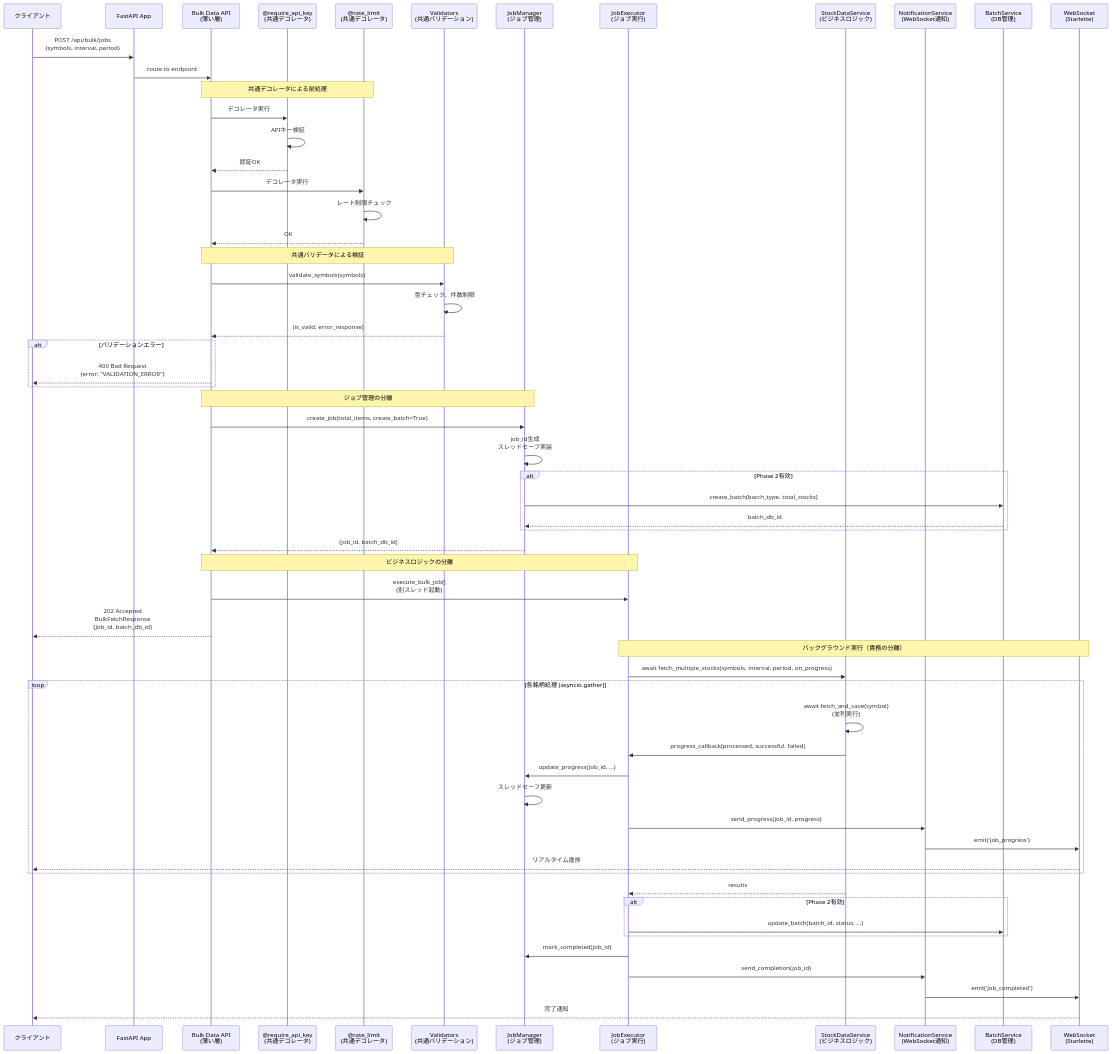
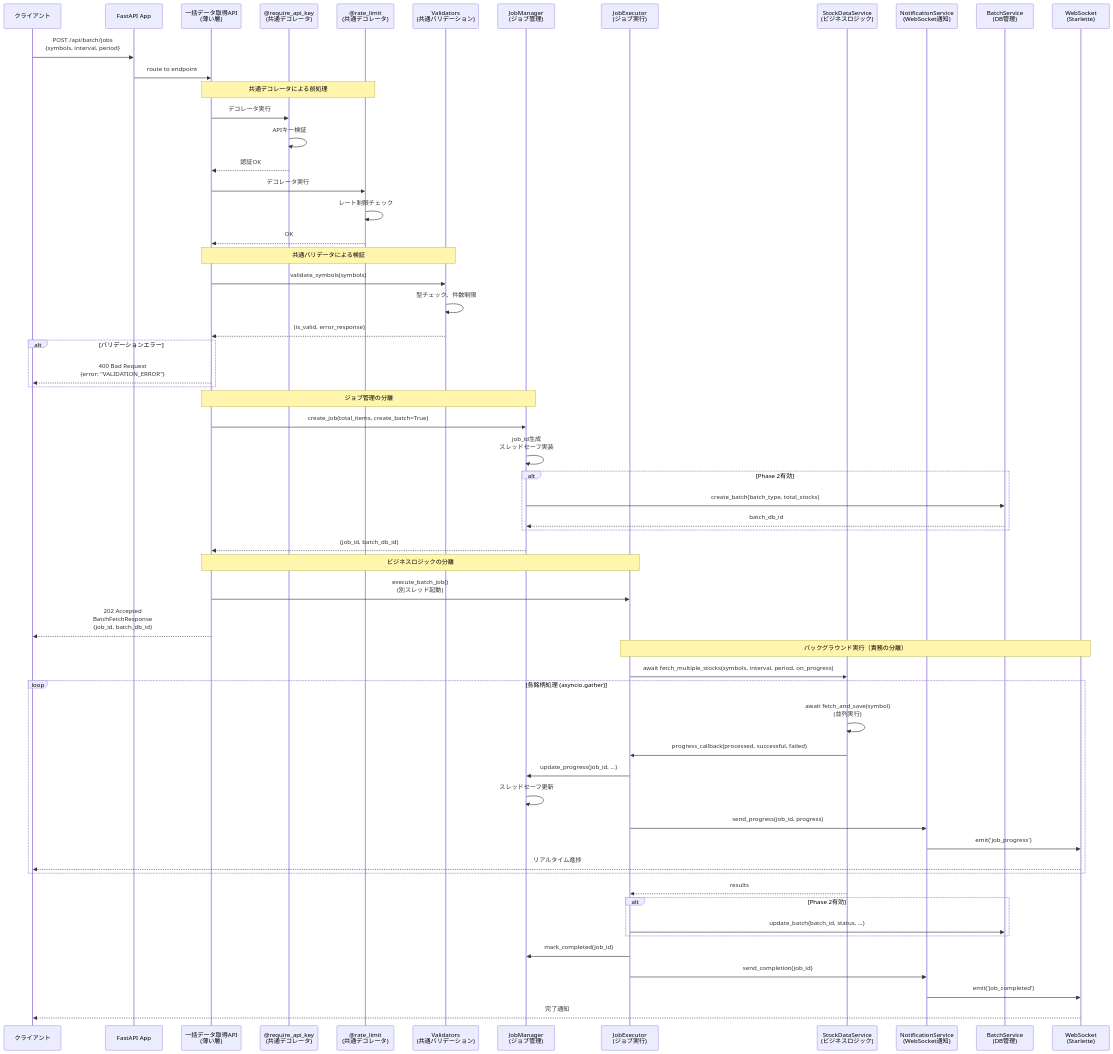
The sixth of 9 diagrams in docs/architecture/layers/api_layer.md (TIMMY-WEST/STOCK-INVESTMENT-ANALYZER), drawn with Mermaid before and after one commit. The commit also changed other lines of this file and 2 other files, not shown here.

````diff
--- a/docs/architecture/layers/api_layer.md
+++ b/docs/architecture/layers/api_layer.md
@@ -445,78 +465,78 @@
 ```mermaid
 sequenceDiagram
     participant Client as クライアント
     participant FastAPI as FastAPI App
-    participant BulkAPI as Bulk Data API<br/>(薄い層)
+    participant BatchAPI as 一括データ取得API<br/>(薄い層)
     participant Auth as @require_api_key<br/>(共通デコレータ)
     participant RateLimit as @rate_limit<br/>(共通デコレータ)
     participant Validators as Validators<br/>(共通バリデーション)
     participant JobMgr as JobManager<br/>(ジョブ管理)
     participant JobExec as JobExecutor<br/>(ジョブ実行)
-    participant BulkSvc as StockDataService<br/>(ビジネスロジック)
+    participant BatchSvc as StockDataService<br/>(ビジネスロジック)
     participant NotifySvc as NotificationService<br/>(WebSocket通知)
-    participant BatchSvc as BatchService<br/>(DB管理)
+    participant BatchDBSvc as BatchService<br/>(DB管理)
     participant WebSocket as WebSocket<br/>(Starlette)
 
-    Client->>FastAPI: POST /api/bulk/jobs<br/>{symbols, interval, period}
-    FastAPI->>BulkAPI: route to endpoint
+    Client->>FastAPI: POST /api/batch/jobs<br/>{symbols, interval, period}
+    FastAPI->>BatchAPI: route to endpoint
 
-    Note over BulkAPI,RateLimit: 共通デコレータによる前処理
-    BulkAPI->>Auth: デコレータ実行
+    Note over BatchAPI,RateLimit: 共通デコレータによる前処理
+    BatchAPI->>Auth: デコレータ実行
     Auth->>Auth: APIキー検証
-    Auth-->>BulkAPI: 認証OK
+    Auth-->>BatchAPI: 認証OK
 
-    BulkAPI->>RateLimit: デコレータ実行
+    BatchAPI->>RateLimit: デコレータ実行
     RateLimit->>RateLimit: レート制限チェック
-    RateLimit-->>BulkAPI: OK
+    RateLimit-->>BatchAPI: OK
 
-    Note over BulkAPI,Validators: 共通バリデータによる検証
-    BulkAPI->>Validators: validate_symbols(symbols)
+    Note over BatchAPI,Validators: 共通バリデータによる検証
+    BatchAPI->>Validators: validate_symbols(symbols)
     Validators->>Validators: 型チェック、件数制限
-    Validators-->>BulkAPI: (is_valid, error_response)
+    Validators-->>BatchAPI: (is_valid, error_response)
 
     alt バリデーションエラー
-        BulkAPI-->>Client: 400 Bad Request<br/>{error: "VALIDATION_ERROR"}
+        BatchAPI-->>Client: 400 Bad Request<br/>{error: "VALIDATION_ERROR"}
     end
 
-    Note over BulkAPI,JobMgr: ジョブ管理の分離
-    BulkAPI->>JobMgr: create_job(total_items, create_batch=True)
+    Note over BatchAPI,JobMgr: ジョブ管理の分離
+    BatchAPI->>JobMgr: create_job(total_items, create_batch=True)
     JobMgr->>JobMgr: job_id生成<br/>スレッドセーフ実装
 
     alt Phase 2有効
-        JobMgr->>BatchSvc: create_batch(batch_type, total_stocks)
-        BatchSvc-->>JobMgr: batch_db_id
+        JobMgr->>BatchDBSvc: create_batch(batch_type, total_stocks)
+        BatchDBSvc-->>JobMgr: batch_db_id
     end
 
-    JobMgr-->>BulkAPI: (job_id, batch_db_id)
+    JobMgr-->>BatchAPI: (job_id, batch_db_id)
 
-    Note over BulkAPI,JobExec: ビジネスロジックの分離
-    BulkAPI->>JobExec: execute_bulk_job()<br/>(別スレッド起動)
-    BulkAPI-->>Client: 202 Accepted<br/>BulkFetchResponse<br/>{job_id, batch_db_id}
+    Note over BatchAPI,JobExec: ビジネスロジックの分離
+    BatchAPI->>JobExec: execute_batch_job()<br/>(別スレッド起動)
+    BatchAPI-->>Client: 202 Accepted<br/>BatchFetchResponse<br/>{job_id, batch_db_id}
 
     Note over JobExec,WebSocket: バックグラウンド実行（責務の分離）
 
-    JobExec->>BulkSvc: await fetch_multiple_stocks(symbols, interval, period, on_progress)
+    JobExec->>BatchSvc: await fetch_multiple_stocks(symbols, interval, period, on_progress)
 
     loop 各銘柄処理 (asyncio.gather)
-        BulkSvc->>BulkSvc: await fetch_and_save(symbol)<br/>(並列実行)
-        BulkSvc->>JobExec: progress_callback(processed, successful, failed)
+        BatchSvc->>BatchSvc: await fetch_and_save(symbol)<br/>(並列実行)
+        BatchSvc->>JobExec: progress_callback(processed, successful, failed)
 
         JobExec->>JobMgr: update_progress(job_id, ...)
         JobMgr->>JobMgr: スレッドセーフ更新
 
         JobExec->>NotifySvc: send_progress(job_id, progress)
         NotifySvc->>WebSocket: emit('job_progress')
         WebSocket-->>Client: リアルタイム進捗
     end
 
-    BulkSvc-->>JobExec: results
+    BatchSvc-->>JobExec: results
 
     alt Phase 2有効
-        JobExec->>BatchSvc: update_batch(batch_id, status, ...)
+        JobExec->>BatchDBSvc: update_batch(batch_id, status, ...)
     end
 
     JobExec->>JobMgr: mark_completed(job_id)
     JobExec->>NotifySvc: send_completion(job_id)
     NotifySvc->>WebSocket: emit('job_completed')
     WebSocket-->>Client: 完了通知
 ```
````
